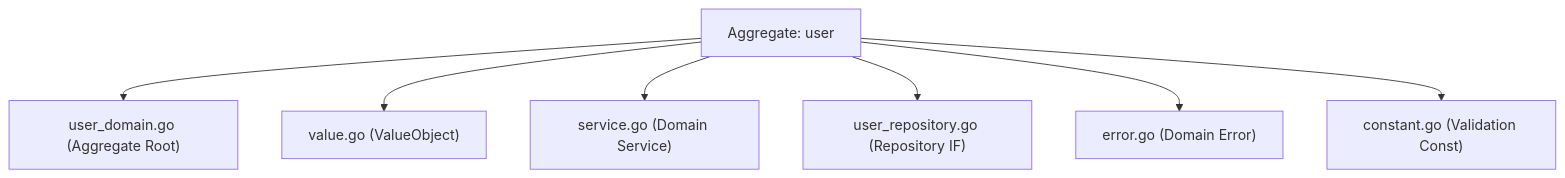
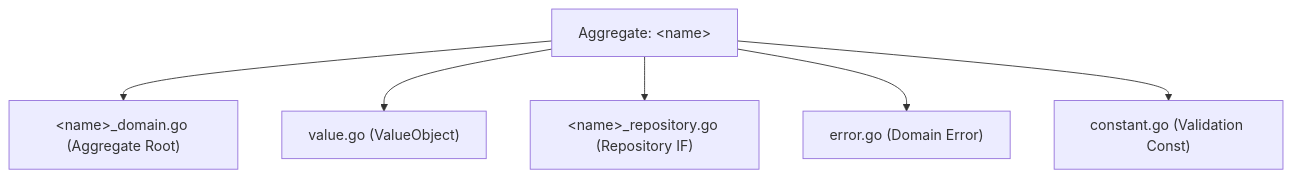
Before and after one commit to Tomy-ch/go-boilerplate: the first of 4 diagrams in docs/portal/guides/domain.md, drawn with Mermaid. The commit also changed other lines of this file and 1741 other files, not shown here.

````diff
--- a/docs/portal/guides/domain.md
+++ b/docs/portal/guides/domain.md
@@ -15,17 +18,15 @@
 ```mermaid
 flowchart TB
-    Root["Aggregate: user"]
-    A["user_domain.go (Aggregate Root)"]
+    Root["Aggregate: &lt;name&gt;"]
+    A["&lt;name&gt;_domain.go (Aggregate Root)"]
     B["value.go (ValueObject)"]
-    C["service.go (Domain Service)"]
-    D["user_repository.go (Repository IF)"]
+    D["&lt;name&gt;_repository.go (Repository IF)"]
     E["error.go (Domain Error)"]
     F["constant.go (Validation Const)"]
 
     Root --> A
     Root --> B
-    Root --> C
     Root --> D
     Root --> E
     Root --> F
 ```
````
